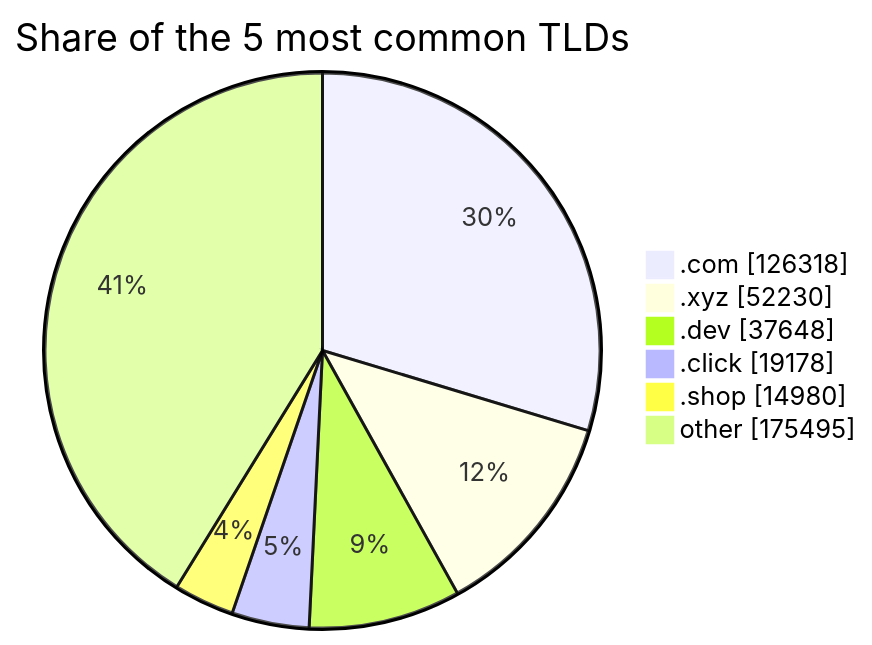
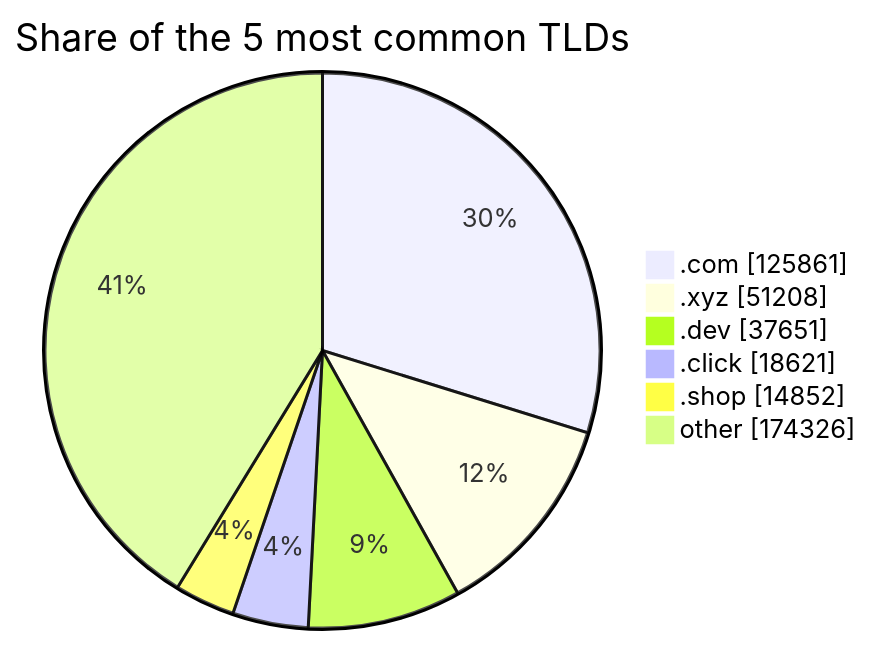
Before and after one commit to DNSBunker/CTI: the third of 3 diagrams in README.md, drawn with Mermaid. The commit also changed other lines of this file and 3 other files, not shown here.

````diff
--- a/README.md
+++ b/README.md
@@ -81,9 +81,9 @@
 ```mermaid
 pie showData title Share of the 5 most common TLDs
-    ".com" : 126318
-    ".xyz" : 52230
-    ".dev" : 37648
-    ".click" : 19178
-    ".shop" : 14980
-    "other" : 175495
+    ".com" : 125861
+    ".xyz" : 51208
+    ".dev" : 37651
+    ".click" : 18621
+    ".shop" : 14852
+    "other" : 174326
 ```
````
